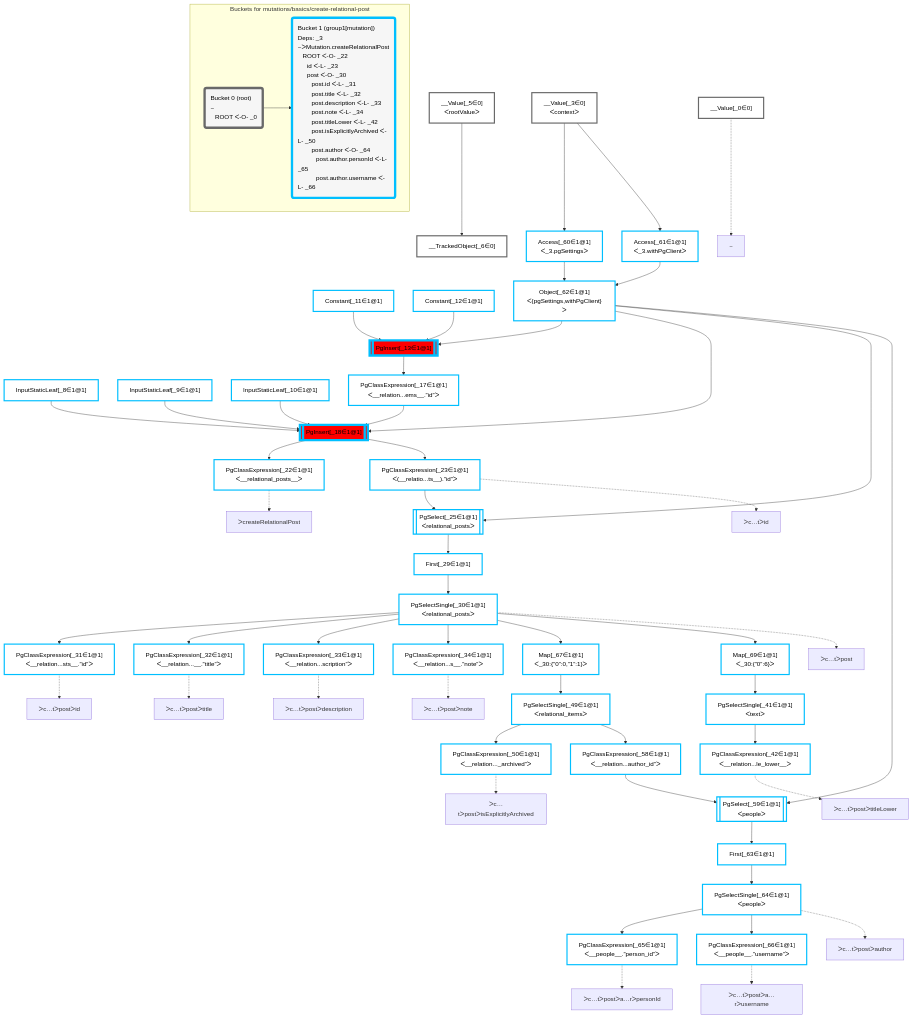
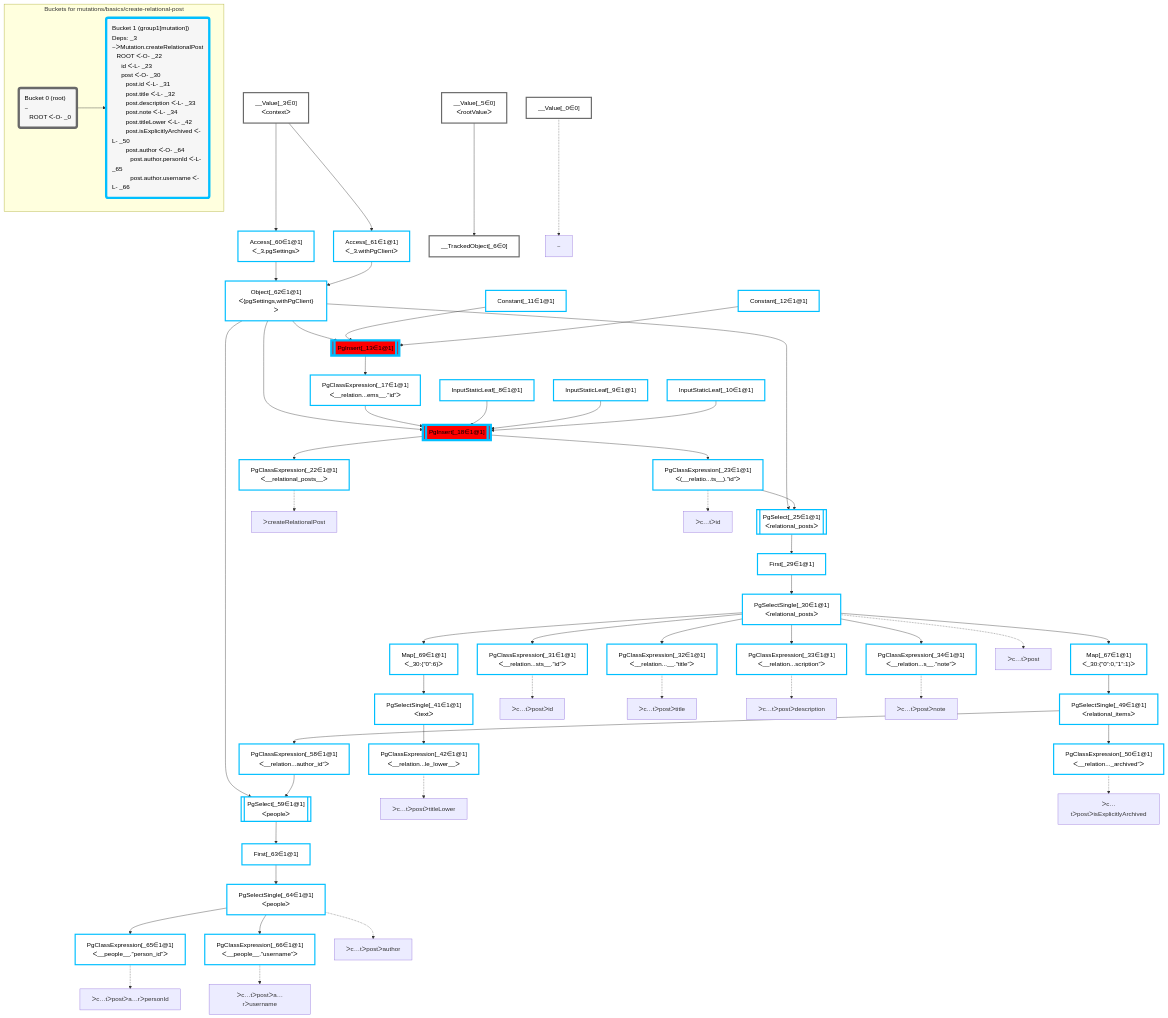
Before and after one commit to graphile/crystal: the diagram in packages/dataplan-pg/__tests__/mutations/basics/create-relational-post.deopt.mermaid.md, drawn with Mermaid. The commit also changed other lines of this file and 195 other files, not shown here.

```diff
--- a/packages/dataplan-pg/__tests__/mutations/basics/create-relational-post.deopt.mermaid.md
+++ b/packages/dataplan-pg/__tests__/mutations/basics/create-relational-post.deopt.mermaid.md
@@ -9,71 +9,71 @@
 
     %% define plans
     __Value_0["__Value[_0∈0]"]:::plan
+    PgClassExpression_22["PgClassExpression[_22∈1@1]<br />ᐸ__relational_posts__ᐳ"]:::plan
+    PgClassExpression_31["PgClassExpression[_31∈1@1]<br />ᐸ__relation...sts__.”id”ᐳ"]:::plan
+    PgClassExpression_32["PgClassExpression[_32∈1@1]<br />ᐸ__relation...__.”title”ᐳ"]:::plan
+    PgClassExpression_33["PgClassExpression[_33∈1@1]<br />ᐸ__relation...scription”ᐳ"]:::plan
+    PgClassExpression_34["PgClassExpression[_34∈1@1]<br />ᐸ__relation...s__.”note”ᐳ"]:::plan
+    PgClassExpression_42["PgClassExpression[_42∈1@1]<br />ᐸ__relation...le_lower__ᐳ"]:::plan
+    PgSelectSingle_41["PgSelectSingle[_41∈1@1]<br />ᐸtextᐳ"]:::plan
+    Map_69["Map[_69∈1@1]<br />ᐸ_30:{”0”:6}ᐳ"]:::plan
+    PgClassExpression_50["PgClassExpression[_50∈1@1]<br />ᐸ__relation..._archived”ᐳ"]:::plan
+    PgClassExpression_65["PgClassExpression[_65∈1@1]<br />ᐸ__people__.”person_id”ᐳ"]:::plan
+    PgClassExpression_66["PgClassExpression[_66∈1@1]<br />ᐸ__people__.”username”ᐳ"]:::plan
+    PgSelectSingle_64["PgSelectSingle[_64∈1@1]<br />ᐸpeopleᐳ"]:::plan
+    First_63["First[_63∈1@1]"]:::plan
+    PgSelect_59[["PgSelect[_59∈1@1]<br />ᐸpeopleᐳ"]]:::plan
+    PgClassExpression_58["PgClassExpression[_58∈1@1]<br />ᐸ__relation...author_id”ᐳ"]:::plan
+    PgSelectSingle_49["PgSelectSingle[_49∈1@1]<br />ᐸrelational_itemsᐳ"]:::plan
+    Map_67["Map[_67∈1@1]<br />ᐸ_30:{”0”:0,”1”:1}ᐳ"]:::plan
+    PgSelectSingle_30["PgSelectSingle[_30∈1@1]<br />ᐸrelational_postsᐳ"]:::plan
+    First_29["First[_29∈1@1]"]:::plan
+    PgSelect_25[["PgSelect[_25∈1@1]<br />ᐸrelational_postsᐳ"]]:::plan
+    PgClassExpression_23["PgClassExpression[_23∈1@1]<br />ᐸ(__relatio...ts__).”id”ᐳ"]:::plan
+    PgInsert_18[["PgInsert[_18∈1@1]"]]:::sideeffectplan
+    PgClassExpression_17["PgClassExpression[_17∈1@1]<br />ᐸ__relation...ems__.”id”ᐳ"]:::plan
+    PgInsert_13[["PgInsert[_13∈1@1]"]]:::sideeffectplan
+    Object_62["Object[_62∈1@1]<br />ᐸ{pgSettings,withPgClient}ᐳ"]:::plan
+    Access_60["Access[_60∈1@1]<br />ᐸ_3.pgSettingsᐳ"]:::plan
+    Access_61["Access[_61∈1@1]<br />ᐸ_3.withPgClientᐳ"]:::plan
     __Value_3["__Value[_3∈0]<br />ᐸcontextᐳ"]:::plan
+    __TrackedObject_6["__TrackedObject[_6∈0]"]:::plan
     __Value_5["__Value[_5∈0]<br />ᐸrootValueᐳ"]:::plan
-    __TrackedObject_6["__TrackedObject[_6∈0]"]:::plan
     InputStaticLeaf_8["InputStaticLeaf[_8∈1@1]"]:::plan
     InputStaticLeaf_9["InputStaticLeaf[_9∈1@1]"]:::plan
     InputStaticLeaf_10["InputStaticLeaf[_10∈1@1]"]:::plan
     Constant_11["Constant[_11∈1@1]"]:::plan
     Constant_12["Constant[_12∈1@1]"]:::plan
-    PgInsert_13[["PgInsert[_13∈1@1]"]]:::sideeffectplan
-    PgClassExpression_17["PgClassExpression[_17∈1@1]<br />ᐸ__relation...ems__.”id”ᐳ"]:::plan
-    PgInsert_18[["PgInsert[_18∈1@1]"]]:::sideeffectplan
-    PgClassExpression_22["PgClassExpression[_22∈1@1]<br />ᐸ__relational_posts__ᐳ"]:::plan
-    PgClassExpression_23["PgClassExpression[_23∈1@1]<br />ᐸ(__relatio...ts__).”id”ᐳ"]:::plan
-    PgSelect_25[["PgSelect[_25∈1@1]<br />ᐸrelational_postsᐳ"]]:::plan
-    First_29["First[_29∈1@1]"]:::plan
-    PgSelectSingle_30["PgSelectSingle[_30∈1@1]<br />ᐸrelational_postsᐳ"]:::plan
-    PgClassExpression_31["PgClassExpression[_31∈1@1]<br />ᐸ__relation...sts__.”id”ᐳ"]:::plan
-    PgClassExpression_32["PgClassExpression[_32∈1@1]<br />ᐸ__relation...__.”title”ᐳ"]:::plan
-    PgClassExpression_33["PgClassExpression[_33∈1@1]<br />ᐸ__relation...scription”ᐳ"]:::plan
-    PgClassExpression_34["PgClassExpression[_34∈1@1]<br />ᐸ__relation...s__.”note”ᐳ"]:::plan
-    PgSelectSingle_41["PgSelectSingle[_41∈1@1]<br />ᐸtextᐳ"]:::plan
-    PgClassExpression_42["PgClassExpression[_42∈1@1]<br />ᐸ__relation...le_lower__ᐳ"]:::plan
-    PgSelectSingle_49["PgSelectSingle[_49∈1@1]<br />ᐸrelational_itemsᐳ"]:::plan
-    PgClassExpression_50["PgClassExpression[_50∈1@1]<br />ᐸ__relation..._archived”ᐳ"]:::plan
-    PgClassExpression_58["PgClassExpression[_58∈1@1]<br />ᐸ__relation...author_id”ᐳ"]:::plan
-    PgSelect_59[["PgSelect[_59∈1@1]<br />ᐸpeopleᐳ"]]:::plan
-    Access_60["Access[_60∈1@1]<br />ᐸ_3.pgSettingsᐳ"]:::plan
-    Access_61["Access[_61∈1@1]<br />ᐸ_3.withPgClientᐳ"]:::plan
-    Object_62["Object[_62∈1@1]<br />ᐸ{pgSettings,withPgClient}ᐳ"]:::plan
-    First_63["First[_63∈1@1]"]:::plan
-    PgSelectSingle_64["PgSelectSingle[_64∈1@1]<br />ᐸpeopleᐳ"]:::plan
-    PgClassExpression_65["PgClassExpression[_65∈1@1]<br />ᐸ__people__.”person_id”ᐳ"]:::plan
-    PgClassExpression_66["PgClassExpression[_66∈1@1]<br />ᐸ__people__.”username”ᐳ"]:::plan
-    Map_67["Map[_67∈1@1]<br />ᐸ_30:{”0”:0,”1”:1}ᐳ"]:::plan
-    Map_69["Map[_69∈1@1]<br />ᐸ_30:{”0”:6}ᐳ"]:::plan
 
     %% plan dependencies
-    __Value_5 --> __TrackedObject_6
-    Object_62 & Constant_11 & Constant_12 --> PgInsert_13
-    PgInsert_13 --> PgClassExpression_17
-    Object_62 & PgClassExpression_17 & InputStaticLeaf_8 & InputStaticLeaf_9 & InputStaticLeaf_10 --> PgInsert_18
     PgInsert_18 --> PgClassExpression_22
-    PgInsert_18 --> PgClassExpression_23
-    Object_62 & PgClassExpression_23 --> PgSelect_25
-    PgSelect_25 --> First_29
-    First_29 --> PgSelectSingle_30
     PgSelectSingle_30 --> PgClassExpression_31
     PgSelectSingle_30 --> PgClassExpression_32
     PgSelectSingle_30 --> PgClassExpression_33
     PgSelectSingle_30 --> PgClassExpression_34
+    PgSelectSingle_41 --> PgClassExpression_42
     Map_69 --> PgSelectSingle_41
-    PgSelectSingle_41 --> PgClassExpression_42
+    PgSelectSingle_30 --> Map_69
+    PgSelectSingle_49 --> PgClassExpression_50
+    PgSelectSingle_64 --> PgClassExpression_65
+    PgSelectSingle_64 --> PgClassExpression_66
+    First_63 --> PgSelectSingle_64
+    PgSelect_59 --> First_63
+    Object_62 & PgClassExpression_58 --> PgSelect_59
+    PgSelectSingle_49 --> PgClassExpression_58
     Map_67 --> PgSelectSingle_49
-    PgSelectSingle_49 --> PgClassExpression_50
-    PgSelectSingle_49 --> PgClassExpression_58
-    Object_62 & PgClassExpression_58 --> PgSelect_59
+    PgSelectSingle_30 --> Map_67
+    First_29 --> PgSelectSingle_30
+    PgSelect_25 --> First_29
+    Object_62 & PgClassExpression_23 --> PgSelect_25
+    PgInsert_18 --> PgClassExpression_23
+    Object_62 & PgClassExpression_17 & InputStaticLeaf_8 & InputStaticLeaf_9 & InputStaticLeaf_10 --> PgInsert_18
+    PgInsert_13 --> PgClassExpression_17
+    Object_62 & Constant_11 & Constant_12 --> PgInsert_13
+    Access_60 & Access_61 --> Object_62
     __Value_3 --> Access_60
     __Value_3 --> Access_61
-    Access_60 & Access_61 --> Object_62
-    PgSelect_59 --> First_63
-    First_63 --> PgSelectSingle_64
-    PgSelectSingle_64 --> PgClassExpression_65
-    PgSelectSingle_64 --> PgClassExpression_66
-    PgSelectSingle_30 --> Map_67
-    PgSelectSingle_30 --> Map_69
+    __Value_5 --> __TrackedObject_6
 
     %% plan-to-path relationships
     P_0["~"]
```
